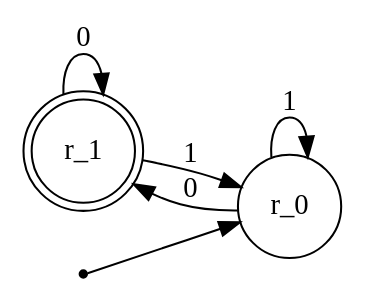
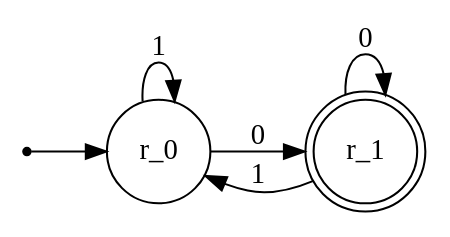
Before and after one commit to drnfns/cs1502: the diagram in graphs/02_combine_ex1p2.gv, drawn with Graphviz. The commit also changed other lines of this file and 24 other files, not shown here.

```diff
--- a/graphs/02_combine_ex1p2.gv
+++ b/graphs/02_combine_ex1p2.gv
@@ -1,13 +1,13 @@
 digraph finite_state_machine {
 	rankdir=LR;
   edge [margin = 0.1];
-	node [shape = doublecircle] r_1;
   node [shape=point] start;
 	node [shape = circle];
 
   start -> r_0;
   r_0 -> r_0 [label = "1"];
+	node [shape = doublecircle] r_1;
   r_0 -> r_1 [label = "0"];
   r_1 -> r_1 [label = "0"];
   r_1 -> r_0 [label = "1"];
 }
```
